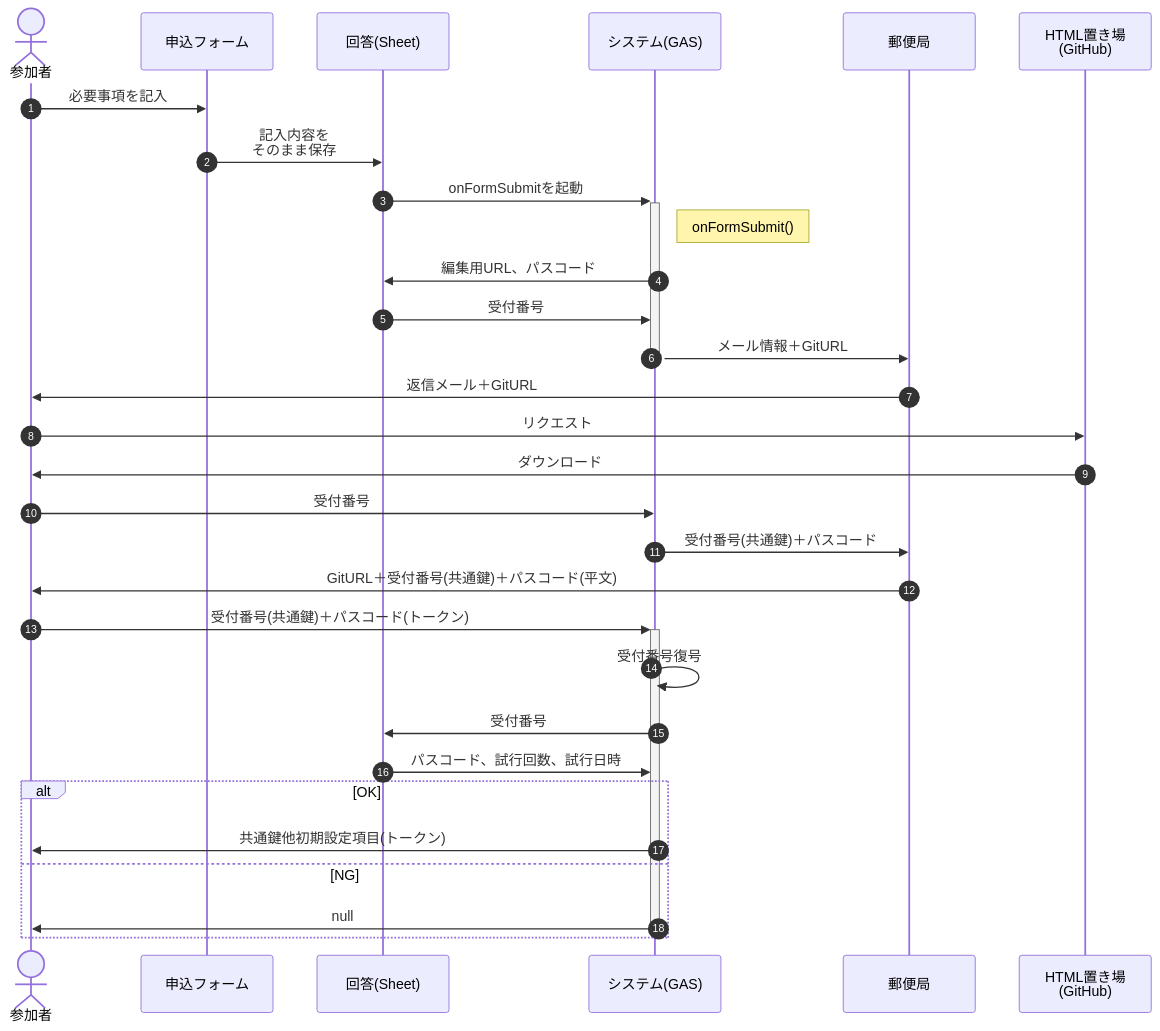
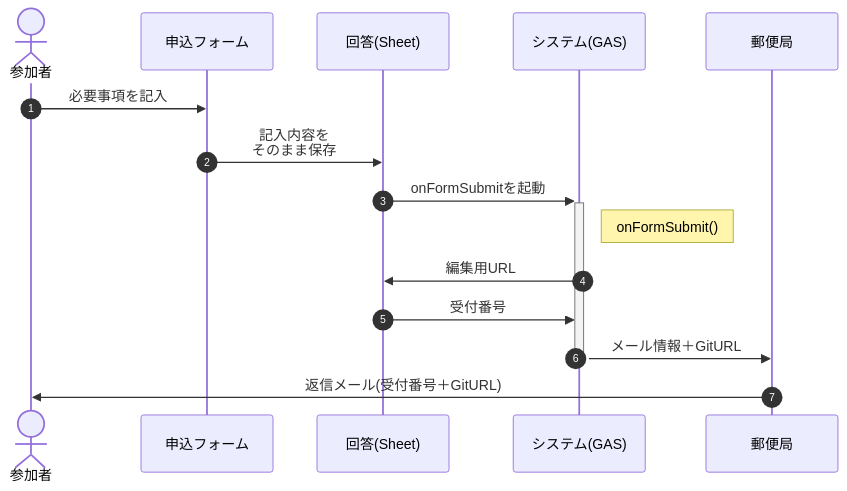
One commit to nakaone/EventStaff changed the second of 6 diagrams in README.md. Above: the diagram before and after it, drawn with Mermaid. The commit also changed other lines of this file, not shown here.

````diff
--- a/README.md
+++ b/README.md
@@ -114,36 +116,20 @@
 ```mermaid
 
 sequenceDiagram
   autonumber
   actor guest as 参加者
   participant form as 申込フォーム
   participant answer as 回答(Sheet)
   participant gas as システム(GAS)
   participant post as 郵便局
-  participant git as HTML置き場<br>(GitHub)
 
   guest->>form    : 必要事項を記入
   form->>answer   : 記入内容を<br>そのまま保存
   answer->>+gas    : onFormSubmitを起動
   Note right of gas: onFormSubmit()
-  gas->>answer : 編集用URL、パスコード
+  gas->>answer : 編集用URL
   answer->>gas : 受付番号
   gas->>-post : メール情報＋GitURL
-  post->>guest : 返信メール＋GitURL
-  guest->>git : リクエスト
-  git->>guest : ダウンロード
-  guest->>gas : 受付番号
-
-  gas->>post : 受付番号(共通鍵)＋パスコード
-  post->>guest : GitURL＋受付番号(共通鍵)＋パスコード(平文)
-  guest->>+gas : 受付番号(共通鍵)＋パスコード(トークン)
-  gas->>gas : 受付番号復号
-  gas->>answer : 受付番号
-  answer->>gas : パスコード、試行回数、試行日時
-  alt OK
-    gas->>guest : 共通鍵他初期設定項目(トークン)
-  else NG
-    gas->>-guest : null
-  end
+  post->>guest : 返信メール(受付番号＋GitURL)
 
 ```
````
